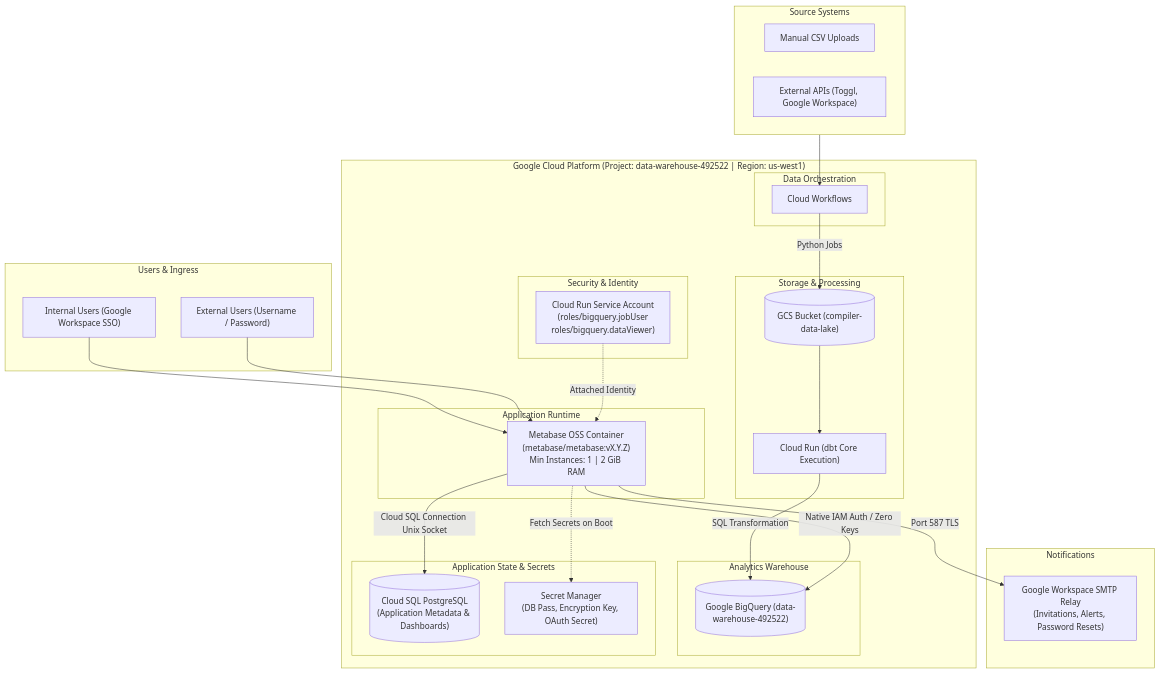
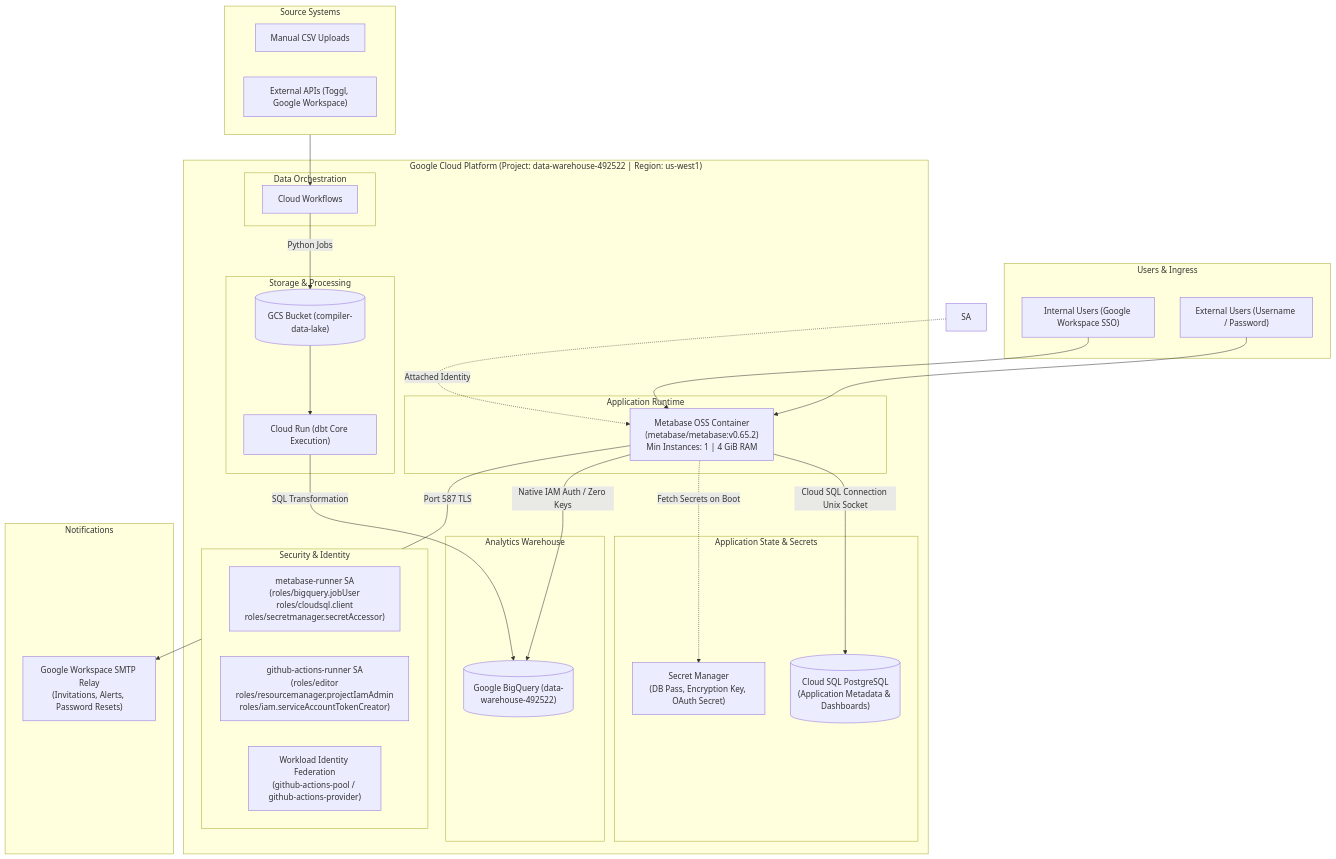
One commit to compilerla/dashboards changed the diagram in docs/explanation/architecture.md. Above: the diagram before and after it, drawn with Mermaid. The commit also changed 3 other files, not shown here.

````diff
--- a/docs/explanation/architecture.md
+++ b/docs/explanation/architecture.md
@@ -7,59 +7,61 @@
 ```mermaid
 flowchart TD
     subgraph Users & Ingress
         U_Internal["Internal Users (Google Workspace SSO)"]
         U_External["External Users (Username / Password)"]
     end
 
     subgraph Sources ["Source Systems"]
         CSV["Manual CSV Uploads"]
         API["External APIs (Toggl, Google Workspace)"]
     end
 
     subgraph GCP ["Google Cloud Platform (Project: data-warehouse-492522 | Region: us-west1)"]
         subgraph Orchestration ["Data Orchestration"]
             Workflows["Cloud Workflows"]
         end
 
         subgraph Storage ["Storage & Processing"]
             GCS[("GCS Bucket (compiler-data-lake)")]
             dbtRun["Cloud Run (dbt Core Execution)"]
         end
 
         subgraph Analytics ["Analytics Warehouse"]
             BQ[("Google BigQuery (data-warehouse-492522)")]
         end
 
         subgraph CloudRun ["Application Runtime"]
-            MB["Metabase OSS Container<br/>(metabase/metabase:vX.Y.Z)<br/>Min Instances: 1 | 2 GiB RAM"]
+            MB["Metabase OSS Container<br/>(metabase/metabase:v0.65.2)<br/>Min Instances: 1 | 4 GiB RAM"]
         end
 
         subgraph Storage_State ["Application State & Secrets"]
             CSQL[("Cloud SQL PostgreSQL<br/>(Application Metadata & Dashboards)")]
             SM["Secret Manager<br/>(DB Pass, Encryption Key, OAuth Secret)"]
         end
 
         subgraph IAM_Service ["Security & Identity"]
-            SA["Cloud Run Service Account<br/>(roles/bigquery.jobUser<br/>roles/bigquery.dataViewer)"]
+            MB_SA["metabase-runner SA<br/>(roles/bigquery.jobUser<br/>roles/cloudsql.client<br/>roles/secretmanager.secretAccessor)"]
+            GH_SA["github-actions-runner SA<br/>(roles/editor<br/>roles/resourcemanager.projectIamAdmin<br/>roles/iam.serviceAccountTokenCreator)"]
+            WIF["Workload Identity Federation<br/>(github-actions-pool / github-actions-provider)"]
         end
     end
 
     subgraph Outbound ["Notifications"]
         GW_SMTP["Google Workspace SMTP Relay<br/>(Invitations, Alerts, Password Resets)"]
     end
 
     U_Internal --> MB
     U_External --> MB
 
     Sources --> Workflows
     Workflows -->|Python Jobs| GCS
     GCS --> dbtRun
     dbtRun -->|SQL Transformation| BQ
 
     MB -->|Cloud SQL Connection Unix Socket| CSQL
     MB -.->|Fetch Secrets on Boot| SM
     MB -->|Native IAM Auth / Zero Keys| BQ
     SA -.->|Attached Identity| MB
 
     MB -->|Port 587 TLS| GW_SMTP
 ```
````
